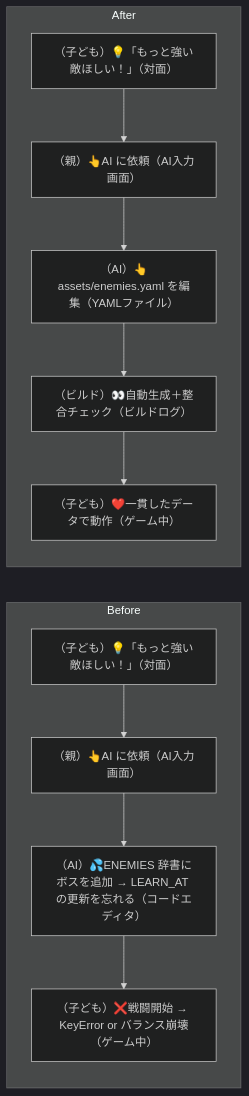
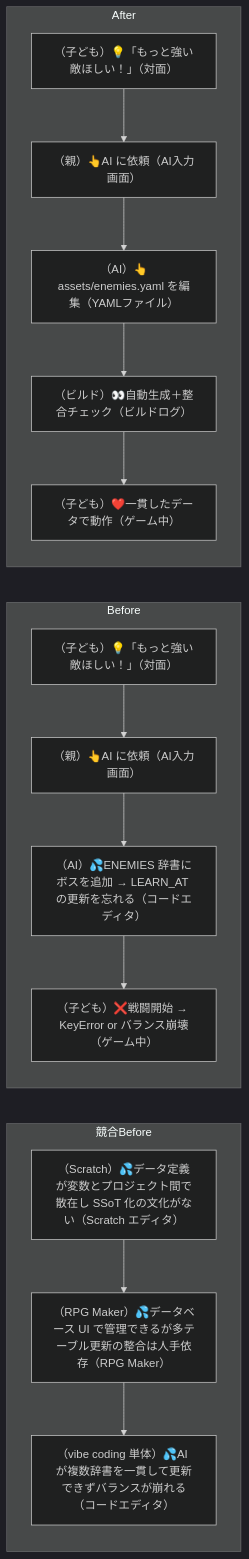
One commit to tatsuro-ueda/code-quest-pyxel changed diagram 37 of 42 in docs/customer-journeys.md. Above: the diagram before and after it, drawn with Mermaid (dark theme). The commit also changed other lines of this file and 1 other file, not shown here.

````diff
--- a/docs/customer-journeys.md
+++ b/docs/customer-journeys.md
@@ -1169,16 +1176,21 @@
 ```mermaid
 flowchart LR
+    subgraph Competitor["競合Before"]
+        C1[（Scratch）💦データ定義が変数とプロジェクト間で散在し SSoT 化の文化がない（Scratch エディタ）]
+        C1 --> C2[（RPG Maker）💦データベース UI で管理できるが多テーブル更新の整合は人手依存（RPG Maker）]
+        C2 --> C3[（vibe coding 単体）💦AI が複数辞書を一貫して更新できずバランスが崩れる（コードエディタ）]
+    end
     subgraph Before["Before"]
         B1[（子ども）💡「もっと強い敵ほしい！」（対面）]
         B1 --> B2[（親）👆AI に依頼（AI入力画面）]
         B2 --> B3[（AI）💦ENEMIES 辞書にボスを追加 → LEARN_AT の更新を忘れる（コードエディタ）]
         B3 --> B4[（子ども）❌戦闘開始 → KeyError or バランス崩壊（ゲーム中）]
     end
     subgraph After["After"]
         A1[（子ども）💡「もっと強い敵ほしい！」（対面）]
         A1 --> A2[（親）👆AI に依頼（AI入力画面）]
         A2 --> A3[（AI）👆assets/enemies.yaml を編集（YAMLファイル）]
         A3 --> A4[（ビルド）👀自動生成＋整合チェック（ビルドログ）]
         A4 --> A5[（子ども）❤️一貫したデータで動作（ゲーム中）]
     end
 ```
````
